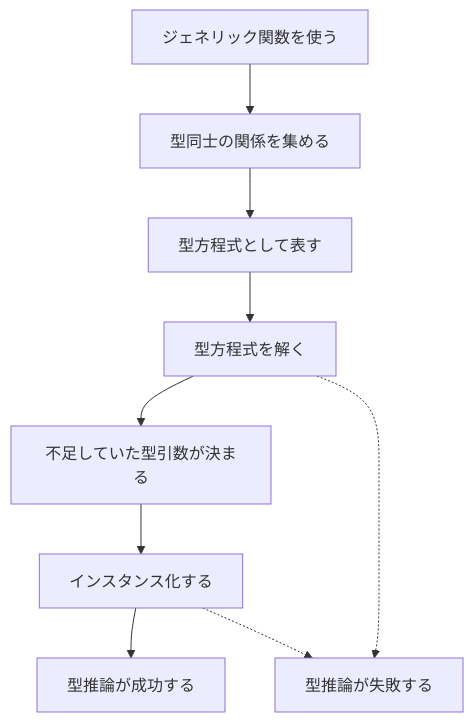
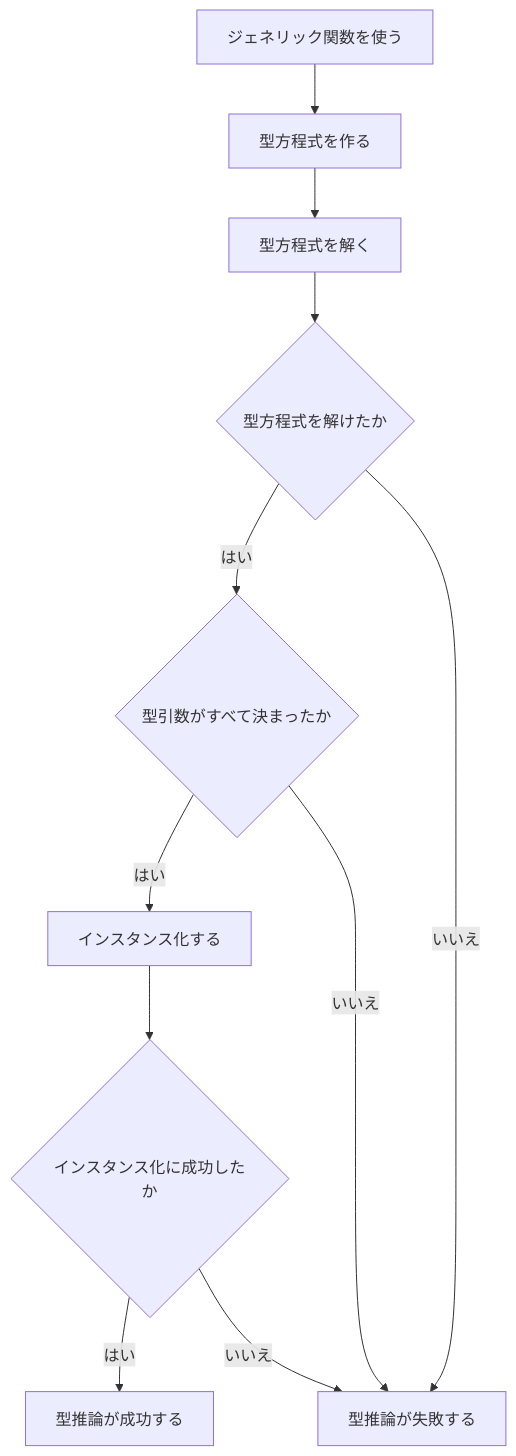
One commit to nobishino/zenn changed the first of 2 diagrams in books/go-type-inference/2.type-inference-overview.md. Above: the diagram before and after it, drawn with Mermaid. The commit also changed other lines of this file, not shown here.

Commit message:
docs: show simple and general inference flows

````diff
--- a/books/go-type-inference/2.type-inference-overview.md
+++ b/books/go-type-inference/2.type-inference-overview.md
@@ -170,11 +171,13 @@
 ```mermaid
 flowchart TD
-    A["ジェネリック関数を使う"] --> B["型同士の関係を集める"]
-    B --> C["型方程式として表す"]
-    C --> D["型方程式を解く"]
-    D --> E["不足していた型引数が決まる"]
-    E --> F["インスタンス化する"]
-    F --> G["型推論が成功する"]
-    D -.-> X["型推論が失敗する"]
-    F -.-> X
+    A["ジェネリック関数を使う"] --> B["型方程式を作る"]
+    B --> C["型方程式を解く"]
+    C --> D{"型方程式を解けたか"}
+    D -- はい --> E{"型引数がすべて決まったか"}
+    D -- いいえ --> X["型推論が失敗する"]
+    E -- はい --> F["インスタンス化する"]
+    E -- いいえ --> X
+    F --> G{"インスタンス化に成功したか"}
+    G -- はい --> H["型推論が成功する"]
+    G -- いいえ --> X
 ```
````
